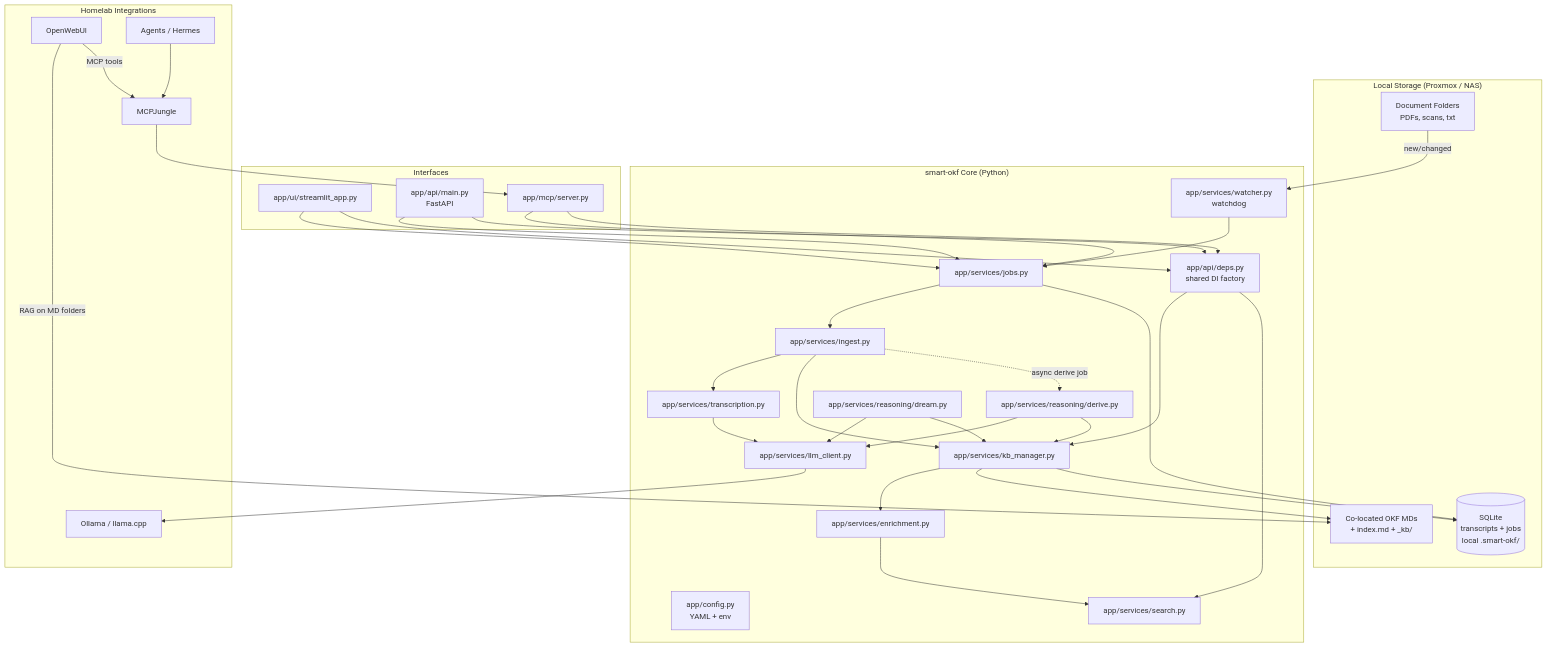
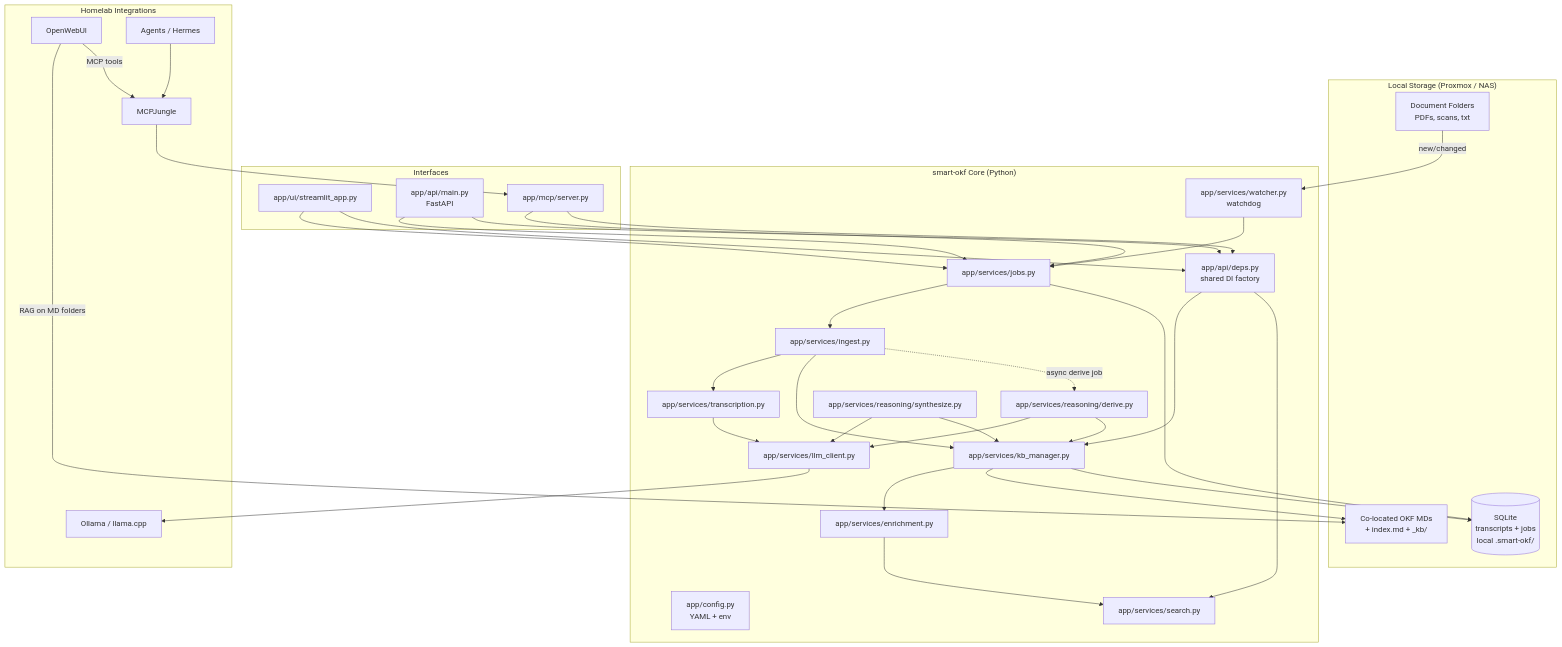
Before and after one commit to TuxLux40/skills: the first of 4 diagrams in skills/smart-okf/docs/DESIGN.md, drawn with Mermaid. The commit also changed other lines of this file and 26 other files, not shown here.

First line of the commit message:
refactor(smart-okf): rename the dream pass to synthesize

````diff
--- a/skills/smart-okf/docs/DESIGN.md
+++ b/skills/smart-okf/docs/DESIGN.md
@@ -765,70 +767,70 @@
 ```mermaid
 graph TB
     subgraph Storage["Local Storage (Proxmox / NAS)"]
         DF[Document Folders<br/>PDFs, scans, txt]
         MD[Co-located OKF MDs<br/>+ index.md + _kb/]
         SQ[(SQLite<br/>transcripts + jobs<br/>local .smart-okf/)]
     end
 
     subgraph Core["smart-okf Core (Python)"]
         CFG[app/config.py<br/>YAML + env]
         WCH[app/services/watcher.py<br/>watchdog]
         ING[app/services/ingest.py]
         TXT[app/services/transcription.py]
         LLM[app/services/llm_client.py]
         KB[app/services/kb_manager.py]
         ENR[app/services/enrichment.py]
         DRV[app/services/reasoning/derive.py]
-        DRM[app/services/reasoning/dream.py]
+        DRM[app/services/reasoning/synthesize.py]
         SRCH[app/services/search.py]
         JOB[app/services/jobs.py]
         DEPS[app/api/deps.py<br/>shared DI factory]
     end
 
     subgraph Interfaces["Interfaces"]
         ST[app/ui/streamlit_app.py]
         API[app/api/main.py<br/>FastAPI]
         MCP[app/mcp/server.py]
     end
 
     subgraph External["Homelab Integrations"]
         OLL[Ollama / llama.cpp]
         OWU[OpenWebUI]
         MCJ[MCPJungle]
         AGT[Agents / Hermes]
     end
 
     DF -->|new/changed| WCH
     WCH --> JOB
     ST --> JOB
     API --> JOB
     MCP --> JOB
 
     JOB --> ING
     ING --> TXT
     TXT --> LLM
     LLM --> OLL
     ING --> KB
     KB --> ENR
     ENR --> SRCH
     KB --> MD
     ING -.->|async derive job| DRV
     DRV --> LLM
     DRV --> KB
     DRM --> LLM
     DRM --> KB
 
     KB --> SQ
     JOB --> SQ
 
     ST --> DEPS
     API --> DEPS
     MCP --> DEPS
     DEPS --> KB
     DEPS --> SRCH
 
     MCJ --> MCP
     OWU -->|RAG on MD folders| MD
     OWU -->|MCP tools| MCJ
     AGT --> MCJ
 ```
````
